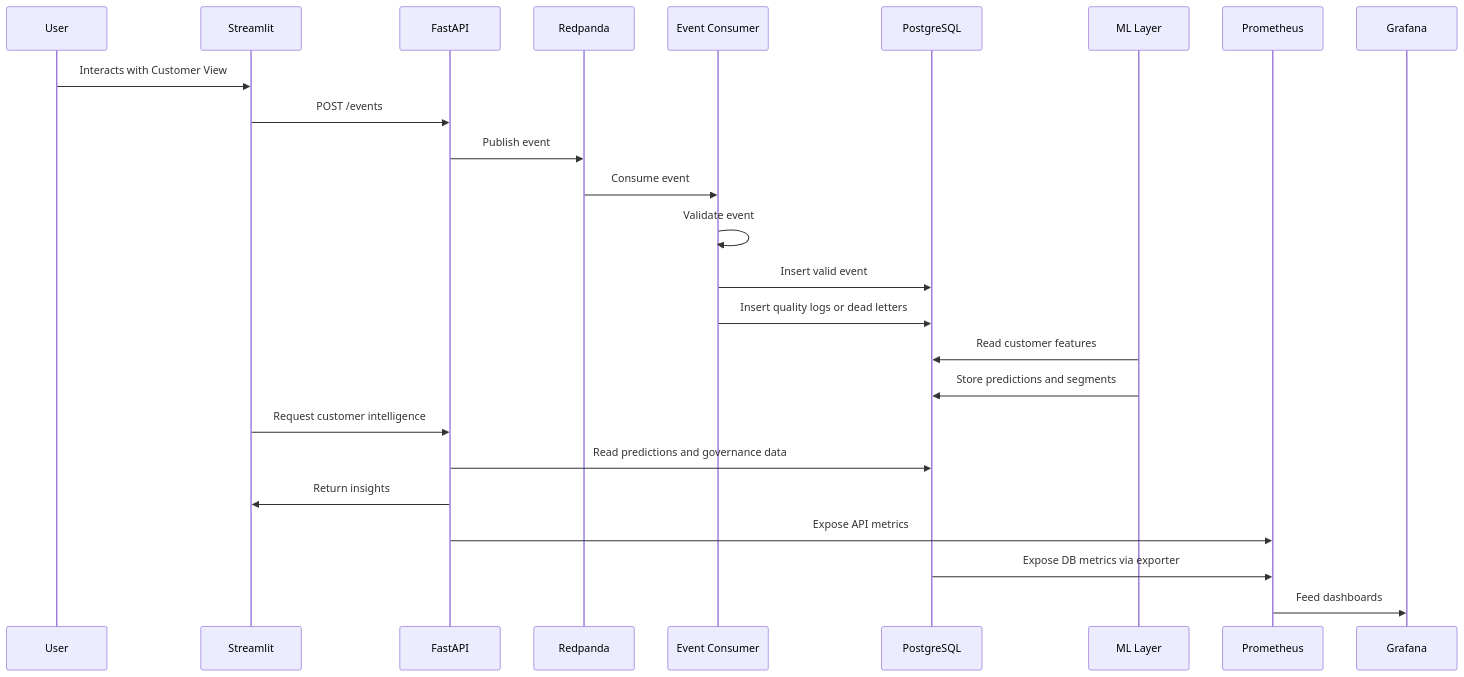
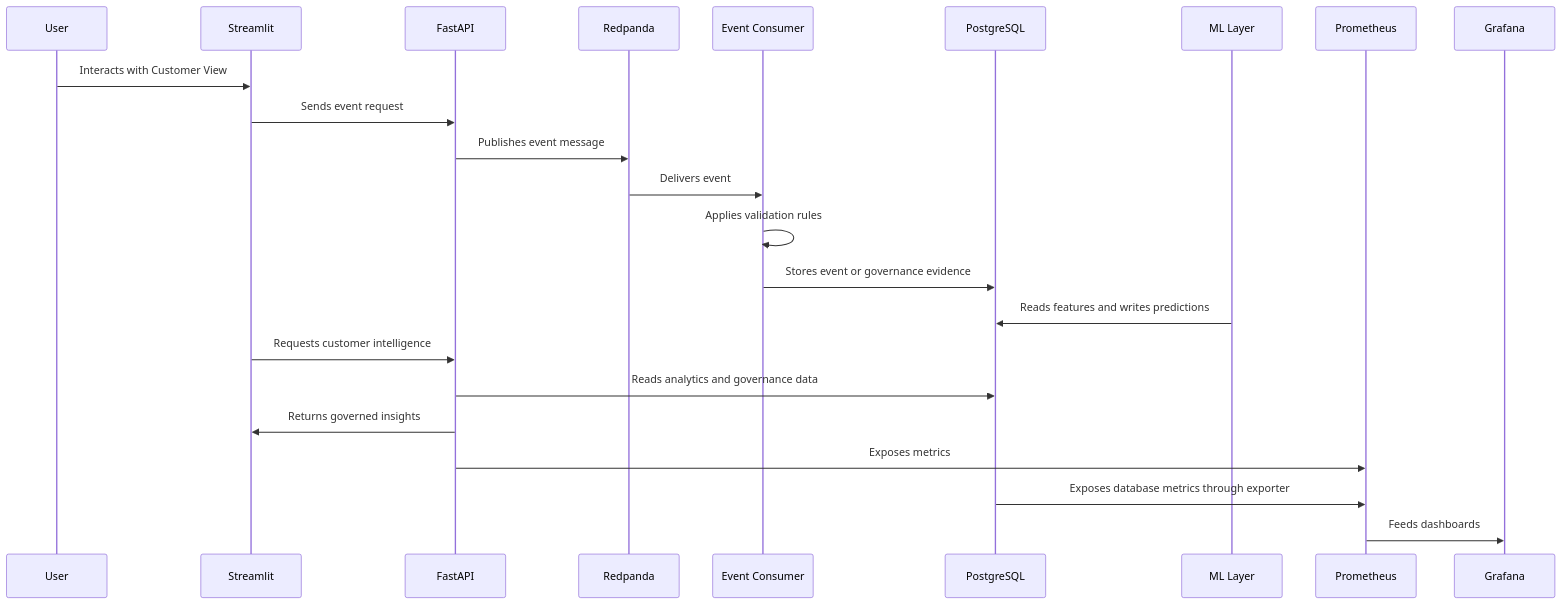
The second of 2 diagrams in README.md (HugoB-AS/retailflow-platform), drawn with Mermaid before and after one commit. The commit also changed other lines of this file and 23 other files, not shown here.

````diff
--- a/README.md
+++ b/README.md
@@ -373,28 +277,26 @@
 ```mermaid
 sequenceDiagram
     participant U as User
     participant S as Streamlit
     participant A as FastAPI
     participant R as Redpanda
     participant C as Event Consumer
     participant D as PostgreSQL
     participant M as ML Layer
     participant P as Prometheus
     participant G as Grafana
 
     U->>S: Interacts with Customer View
-    S->>A: POST /events
-    A->>R: Publish event
-    R->>C: Consume event
-    C->>C: Validate event
-    C->>D: Insert valid event
-    C->>D: Insert quality logs or dead letters
-    M->>D: Read customer features
-    M->>D: Store predictions and segments
-    S->>A: Request customer intelligence
-    A->>D: Read predictions and governance data
-    A->>S: Return insights
-    A->>P: Expose API metrics
-    D->>P: Expose DB metrics via exporter
-    P->>G: Feed dashboards
+    S->>A: Sends event request
+    A->>R: Publishes event message
+    R->>C: Delivers event
+    C->>C: Applies validation rules
+    C->>D: Stores event or governance evidence
+    M->>D: Reads features and writes predictions
+    S->>A: Requests customer intelligence
+    A->>D: Reads analytics and governance data
+    A->>S: Returns governed insights
+    A->>P: Exposes metrics
+    D->>P: Exposes database metrics through exporter
+    P->>G: Feeds dashboards
 ```
````
